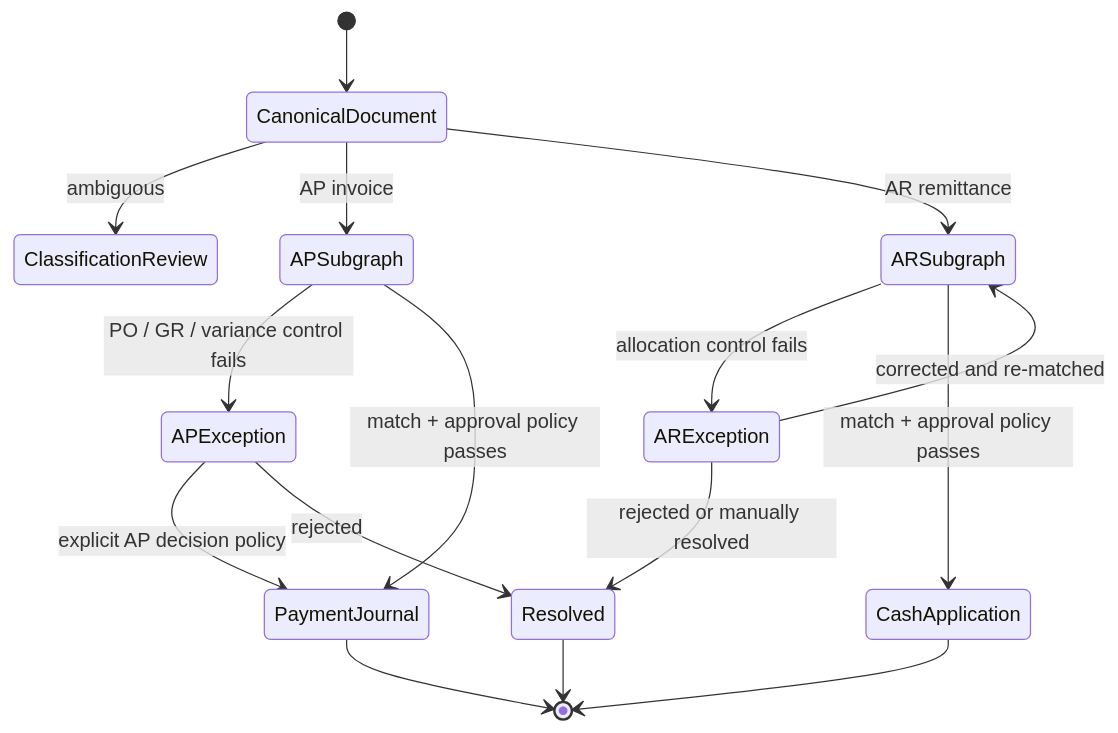
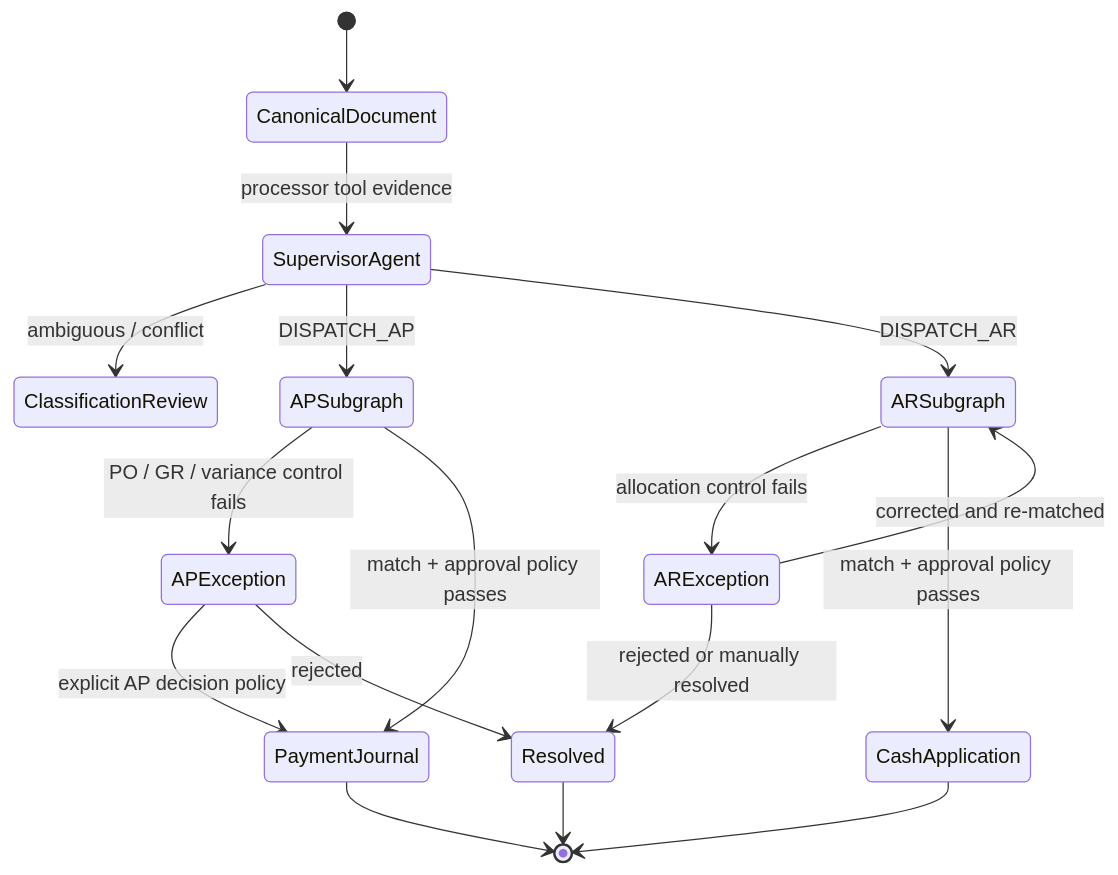
Before and after one commit to saifs1315/Agentic-Invoice-to-Payment: the diagram in docs/diagrams/workflow.mmd, drawn with Mermaid. The commit also changed 38 other files, not shown here.

```diff
--- a/docs/diagrams/workflow.mmd
+++ b/docs/diagrams/workflow.mmd
@@ -1,16 +1,17 @@
 stateDiagram-v2
   [*] --> CanonicalDocument
-  CanonicalDocument --> ClassificationReview: ambiguous
-  CanonicalDocument --> APSubgraph: AP invoice
-  CanonicalDocument --> ARSubgraph: AR remittance
+  CanonicalDocument --> SupervisorAgent: processor tool evidence
+  SupervisorAgent --> ClassificationReview: ambiguous / conflict
+  SupervisorAgent --> APSubgraph: DISPATCH_AP
+  SupervisorAgent --> ARSubgraph: DISPATCH_AR
   APSubgraph --> APException: PO / GR / variance control fails
   APSubgraph --> PaymentJournal: match + approval policy passes
   ARSubgraph --> ARException: allocation control fails
   ARSubgraph --> CashApplication: match + approval policy passes
   ARException --> ARSubgraph: corrected and re-matched
   ARException --> Resolved: rejected or manually resolved
   APException --> PaymentJournal: explicit AP decision policy
   APException --> Resolved: rejected
   PaymentJournal --> [*]
   CashApplication --> [*]
   Resolved --> [*]
```
